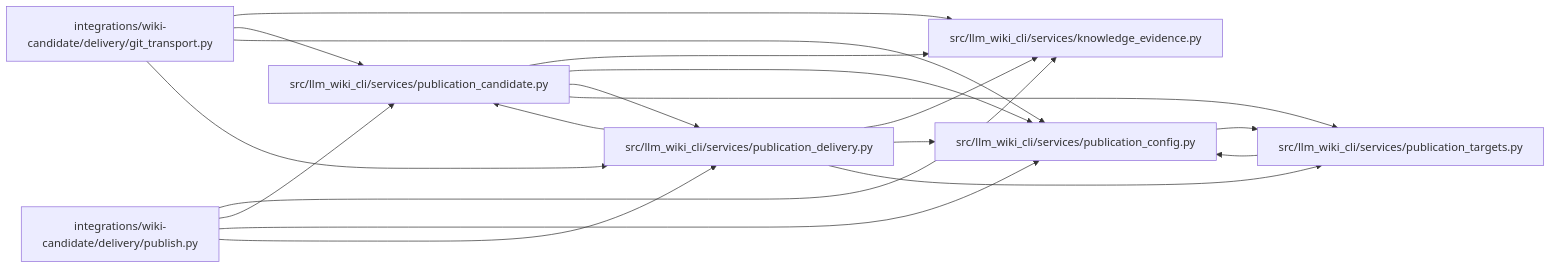
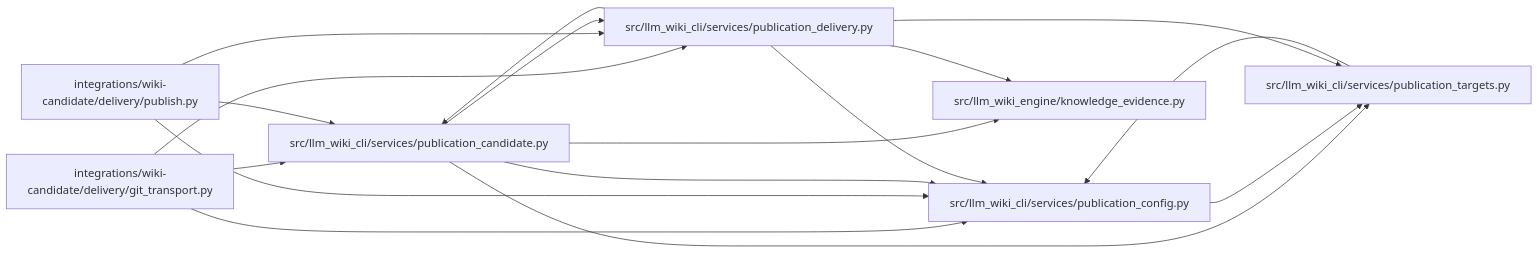
One commit to Denissvgn/python-wiki-llm changed the diagram in docs/llm_wiki/modules/publication_delivery.md. Above: the diagram before and after it, drawn with Mermaid. The commit also changed other lines of this file and 1103 other files, not shown here.

First line of the commit message:
docs: refresh the wiki for the llm-wiki-engine distribution

````diff
--- a/docs/llm_wiki/modules/publication_delivery.md
+++ b/docs/llm_wiki/modules/publication_delivery.md
@@ -29,35 +29,33 @@
 ```mermaid
 flowchart LR
     n0["integrations/wiki-candidate/delivery/git_transport.py"]
     n1["integrations/wiki-candidate/delivery/publish.py"]
-    n2["src/llm_wiki_cli/services/knowledge_evidence.py"]
-    n3["src/llm_wiki_cli/services/publication_candidate.py"]
-    n4["src/llm_wiki_cli/services/publication_config.py"]
-    n5["src/llm_wiki_cli/services/publication_delivery.py"]
-    n6["src/llm_wiki_cli/services/publication_targets.py"]
+    n2["src/llm_wiki_cli/services/publication_candidate.py"]
+    n3["src/llm_wiki_cli/services/publication_config.py"]
+    n4["src/llm_wiki_cli/services/publication_delivery.py"]
+    n5["src/llm_wiki_cli/services/publication_targets.py"]
+    n6["src/llm_wiki_engine/knowledge_evidence.py"]
     n0 --> n2
     n0 --> n3
     n0 --> n4
-    n0 --> n5
     n1 --> n2
     n1 --> n3
     n1 --> n4
-    n1 --> n5
-    n3 --> n2
-    n3 --> n4
+    n2 --> n3
+    n2 --> n4
+    n2 --> n5
+    n2 --> n6
     n3 --> n5
-    n3 --> n6
+    n4 --> n2
+    n4 --> n3
+    n4 --> n5
     n4 --> n6
-    n5 --> n2
     n5 --> n3
-    n5 --> n4
-    n5 --> n6
-    n6 --> n4
     click n0 "../modules/git_transport.md"
     click n1 "../modules/publish.md"
-    click n2 "../modules/knowledge_evidence.md"
-    click n3 "../modules/publication_candidate.md"
-    click n4 "../modules/publication_config.md"
-    click n5 "../modules/publication_delivery.md"
-    click n6 "../modules/publication_targets.md"
+    click n2 "../modules/publication_candidate.md"
+    click n3 "../modules/publication_config.md"
+    click n4 "../modules/publication_delivery.md"
+    click n5 "../modules/publication_targets.md"
+    click n6 "../modules/knowledge_evidence.md"
 ```
````
